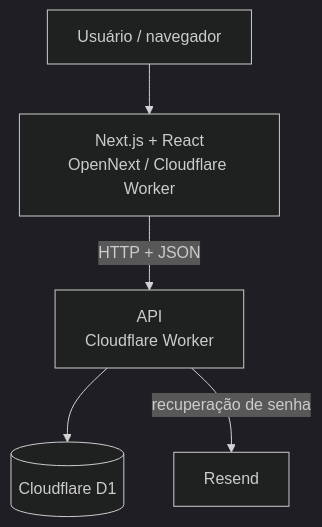
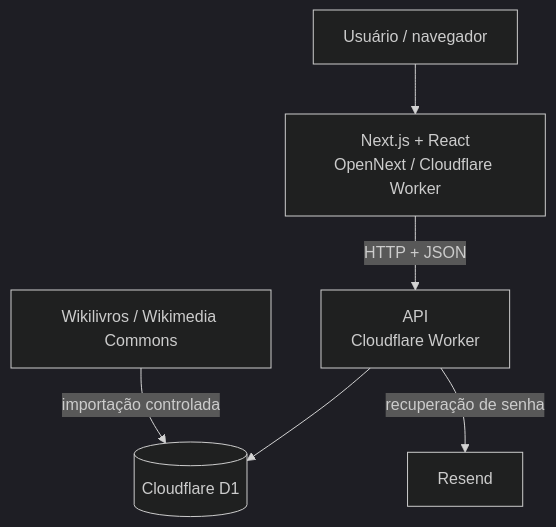
One commit to pitado/receitando changed the first of 3 diagrams in docs/architecture.md. Above: the diagram before and after it, drawn with Mermaid (dark theme). The commit also changed other lines of this file, not shown here.

````diff
--- a/docs/architecture.md
+++ b/docs/architecture.md
@@ -7,13 +7,15 @@
 ```mermaid
 flowchart TB
     U[Usuário / navegador]
     F[Next.js + React<br/>OpenNext / Cloudflare Worker]
     A[API<br/>Cloudflare Worker]
     D[(Cloudflare D1)]
     E[Resend]
+    W[Wikilivros / Wikimedia Commons]
 
     U --> F
     F -->|HTTP + JSON| A
     A --> D
     A -->|recuperação de senha| E
+    W -->|importação controlada| D
 ```
````
